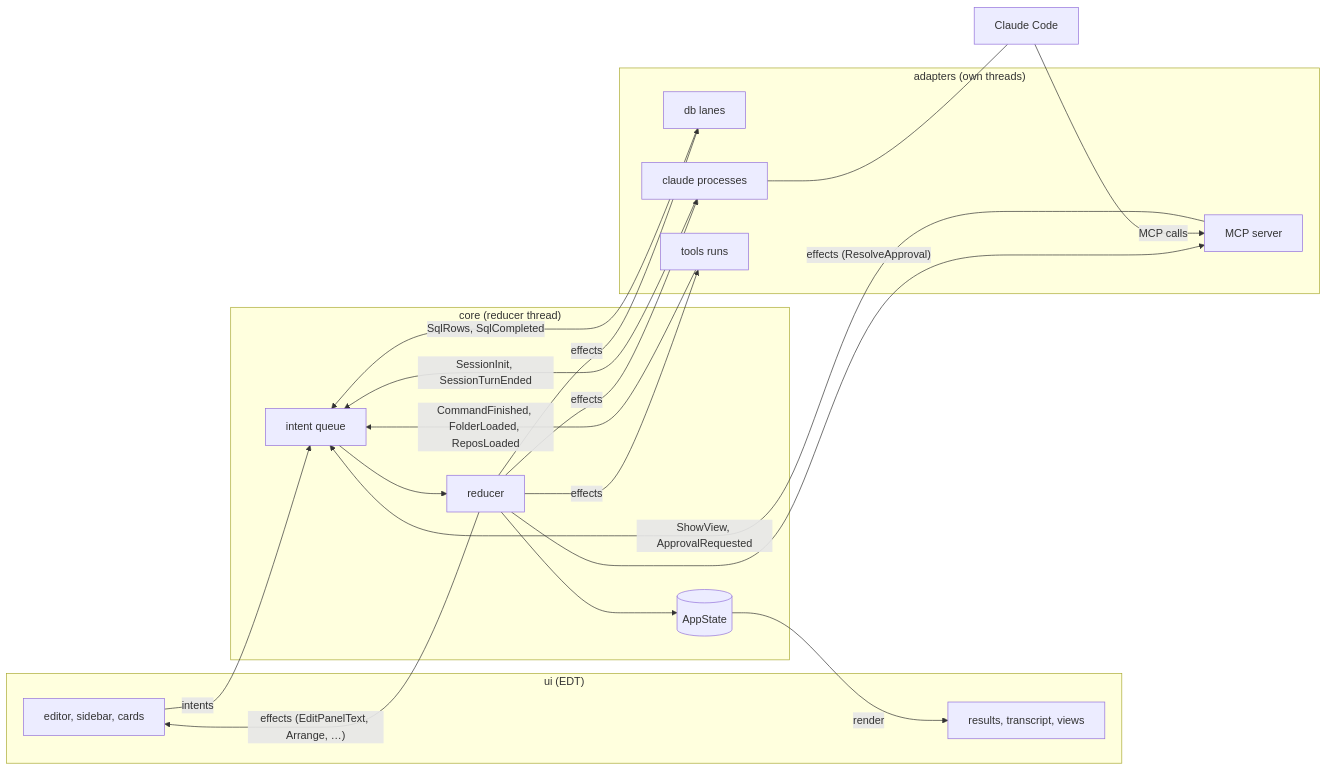
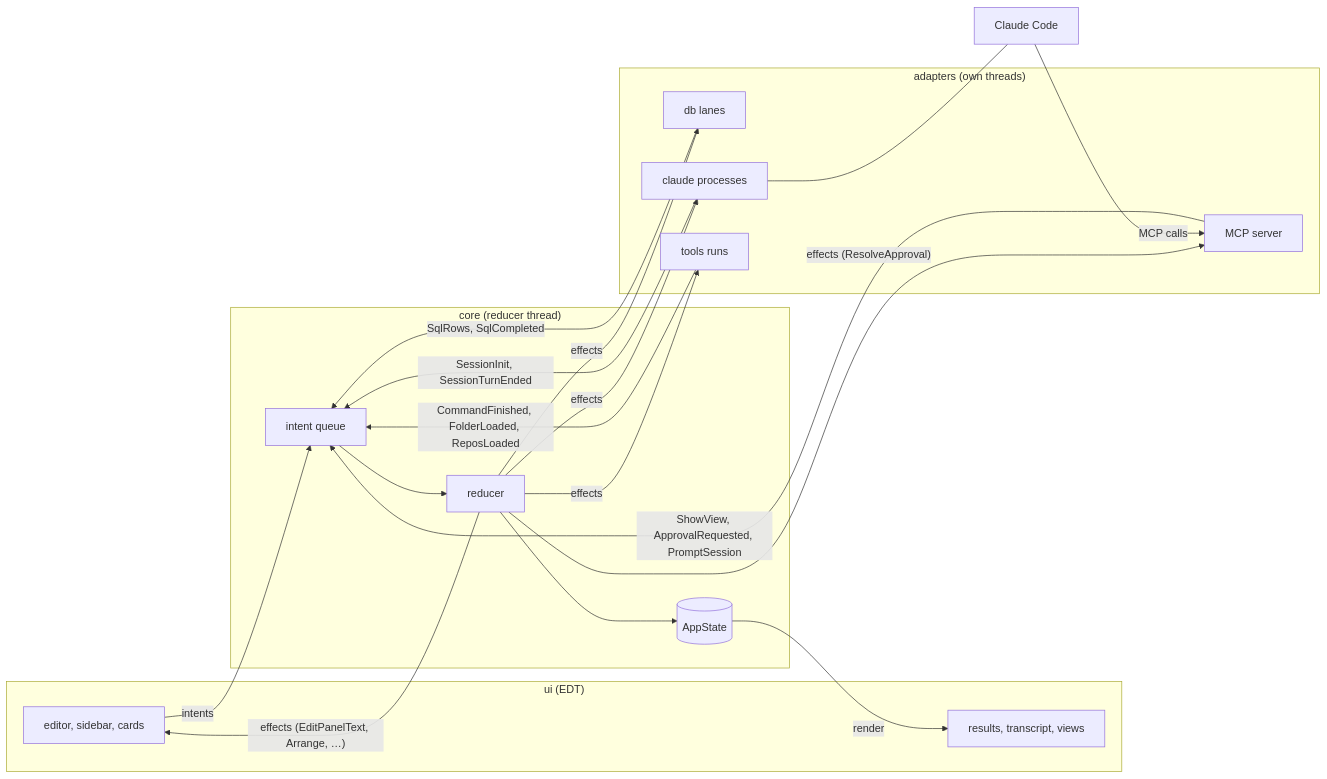
The diagram in docs/architecture.md (marregui/comando), drawn with Mermaid before and after one commit. The commit also changed other lines of this file and 6 other files, not shown here.

Commit message:
ADR index status cells match the records; back-references to later records; architecture.md intents and thread table brought up to date

````diff
--- a/docs/architecture.md
+++ b/docs/architecture.md
@@ -61,29 +61,29 @@
 ```mermaid
 flowchart LR
   subgraph UI["ui (EDT)"]
     ED["editor, sidebar, cards"]
     VW["results, transcript, views"]
   end
   subgraph CORE["core (reducer thread)"]
     Q["intent queue"] --> R["reducer"] --> S[("AppState")]
   end
   subgraph ADP["adapters (own threads)"]
     DBA["db lanes"]
     CL["claude processes"]
     MC["MCP server"]
     TL["tools runs"]
   end
   ED -->|intents| Q
   S -->|render| VW
   R -->|effects| DBA
   R -->|effects| CL
   R -->|effects| TL
   R -->|"effects (ResolveApproval)"| MC
   R -->|"effects (EditPanelText, Arrange, …)"| ED
   DBA -->|"SqlRows, SqlCompleted"| Q
   CL -->|"SessionInit, SessionTurnEnded"| Q
   CC["Claude Code"] -->|"MCP calls"| MC
   CL --- CC
-  MC -->|"ShowView, ApprovalRequested"| Q
+  MC -->|"ShowView, ApprovalRequested, PromptSession"| Q
   TL -->|"CommandFinished, FolderLoaded, ReposLoaded"| Q
 ```
````
